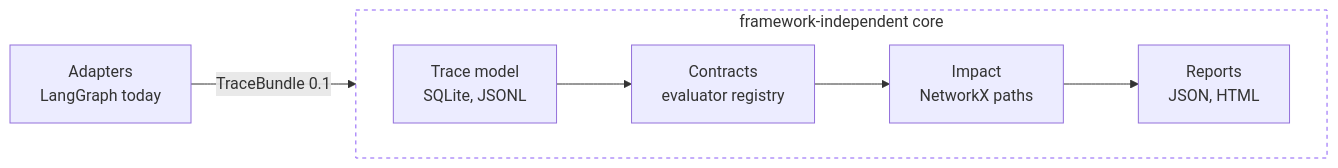
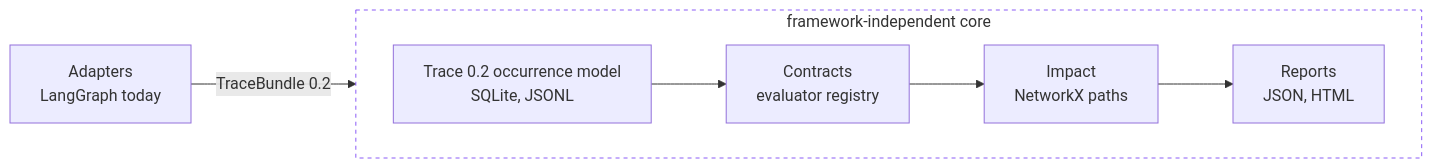
The second of 2 diagrams in README.md (graphabi/graphabi), drawn with Mermaid before and after one commit. The commit also changed other lines of this file and 35 other files, not shown here.

````diff
--- a/README.md
+++ b/README.md
@@ -112,19 +116,19 @@
 ```mermaid
 flowchart LR
     A["Adapters<br/>LangGraph today"]
 
     subgraph core ["framework-independent core"]
         direction LR
-        T["Trace model<br/>SQLite, JSONL"]
+        T["Trace 0.2 occurrence model<br/>SQLite, JSONL"]
         C["Contracts<br/>evaluator registry"]
         I["Impact<br/>NetworkX paths"]
         R["Reports<br/>JSON, HTML"]
         T --> C --> I --> R
     end
 
-    A -- "TraceBundle 0.1" --> T
+    A -- "TraceBundle 0.2" --> T
 
     classDef stage stroke-width:1px
     class A,T,C,I,R stage
     style core fill:none,stroke:#8B5CF6,stroke-dasharray: 4 4
 ```
````
